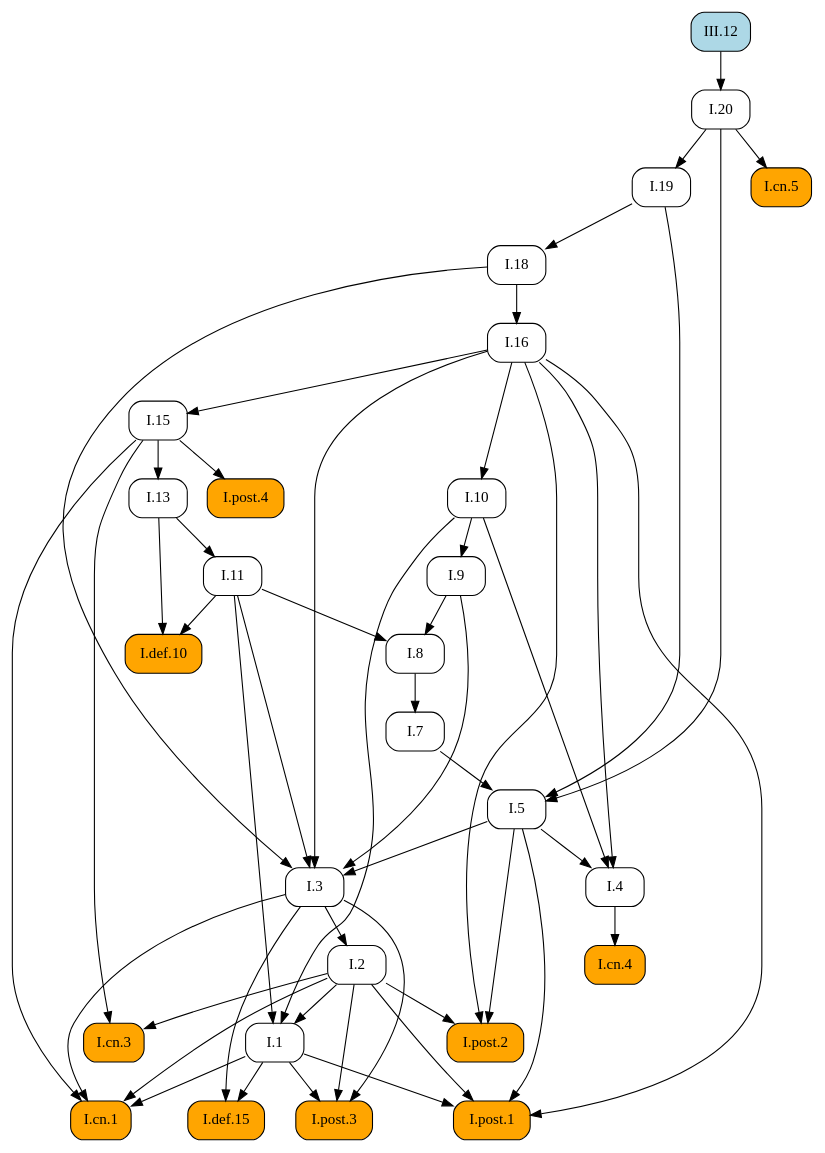
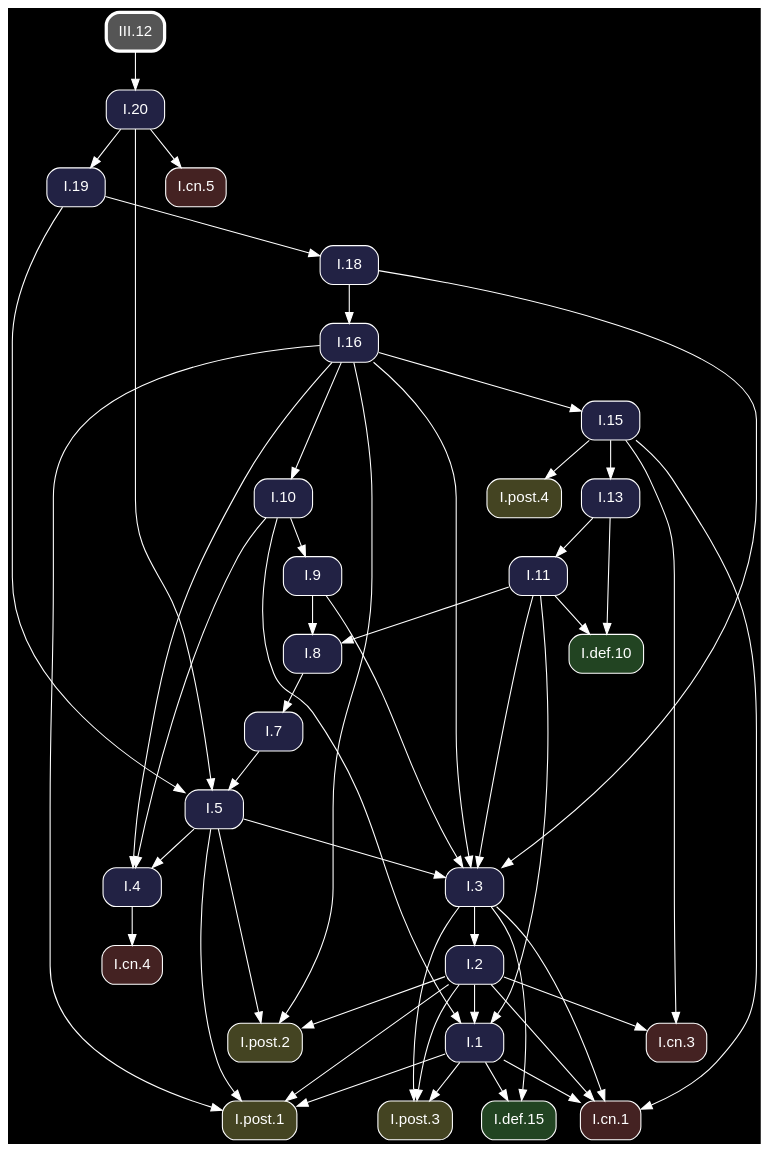
Before and after one commit to geometor/elements: the diagram in docsrc/heath/III/12/index.rst, drawn with Graphviz. The commit also changed other lines of this file and 1200 other files, not shown here.

Commit message:
update dependency graphs

```diff
--- a/docsrc/heath/III/12/index.rst
+++ b/docsrc/heath/III/12/index.rst
@@ -64,83 +64,85 @@
 .. graphviz::
 
    digraph {
+     bgcolor="black";
+     node [shape=box, style="rounded,filled", fontname="Helvetica", color="white", fontcolor="white"];
+     edge [color="white", fontcolor="white"];
      rankdir="TB";
-     node [shape=box, style=rounded];
-     "I.9" [URL="/heath/I/9/", target="_top"];
-     "I.cn.1" [style="rounded,filled", fillcolor=orange, URL="/heath/I/cn.1/", target="_top"];
-     "I.7" [URL="/heath/I/7/", target="_top"];
-     "I.2" [URL="/heath/I/2/", target="_top"];
-     "I.def.15" [style="rounded,filled", fillcolor=orange, URL="/heath/I/def.15/", target="_top"];
-     "I.13" [URL="/heath/I/13/", target="_top"];
-     "I.post.4" [style="rounded,filled", fillcolor=orange, URL="/heath/I/post.4/", target="_top"];
-     "I.4" [URL="/heath/I/4/", target="_top"];
-     "I.1" [URL="/heath/I/1/", target="_top"];
-     "I.post.3" [style="rounded,filled", fillcolor=orange, URL="/heath/I/post.3/", target="_top"];
-     "I.post.1" [style="rounded,filled", fillcolor=orange, URL="/heath/I/post.1/", target="_top"];
-     "I.5" [URL="/heath/I/5/", target="_top"];
-     "I.19" [URL="/heath/I/19/", target="_top"];
-     "I.8" [URL="/heath/I/8/", target="_top"];
-     "I.cn.3" [style="rounded,filled", fillcolor=orange, URL="/heath/I/cn.3/", target="_top"];
-     "I.16" [URL="/heath/I/16/", target="_top"];
-     "I.20" [URL="/heath/I/20/", target="_top"];
-     "I.def.10" [style="rounded,filled", fillcolor=orange, URL="/heath/I/def.10/", target="_top"];
-     "I.18" [URL="/heath/I/18/", target="_top"];
-     "I.15" [URL="/heath/I/15/", target="_top"];
-     "I.10" [URL="/heath/I/10/", target="_top"];
-     "I.11" [URL="/heath/I/11/", target="_top"];
-     "III.12" [style="rounded,filled", fillcolor=lightblue, URL="/heath/III/12/", target="_top"];
-     "I.cn.4" [style="rounded,filled", fillcolor=orange, URL="/heath/I/cn.4/", target="_top"];
-     "I.post.2" [style="rounded,filled", fillcolor=orange, URL="/heath/I/post.2/", target="_top"];
-     "I.cn.5" [style="rounded,filled", fillcolor=orange, URL="/heath/I/cn.5/", target="_top"];
-     "I.3" [URL="/heath/I/3/", target="_top"];
-     "I.10" -> "I.9";
-     "I.1" -> "I.cn.1";
-     "I.2" -> "I.cn.1";
-     "I.3" -> "I.cn.1";
-     "I.15" -> "I.cn.1";
-     "I.8" -> "I.7";
-     "I.3" -> "I.2";
-     "I.1" -> "I.def.15";
-     "I.3" -> "I.def.15";
-     "I.15" -> "I.13";
-     "I.15" -> "I.post.4";
-     "I.5" -> "I.4";
-     "I.10" -> "I.4";
-     "I.16" -> "I.4";
-     "I.2" -> "I.1";
-     "I.10" -> "I.1";
-     "I.11" -> "I.1";
-     "I.1" -> "I.post.3";
-     "I.2" -> "I.post.3";
-     "I.3" -> "I.post.3";
-     "I.1" -> "I.post.1";
-     "I.2" -> "I.post.1";
-     "I.5" -> "I.post.1";
-     "I.16" -> "I.post.1";
-     "I.7" -> "I.5";
-     "I.19" -> "I.5";
-     "I.20" -> "I.5";
-     "I.20" -> "I.19";
-     "I.9" -> "I.8";
-     "I.11" -> "I.8";
-     "I.2" -> "I.cn.3";
-     "I.15" -> "I.cn.3";
-     "I.18" -> "I.16";
-     "III.12" -> "I.20";
-     "I.11" -> "I.def.10";
-     "I.13" -> "I.def.10";
-     "I.19" -> "I.18";
-     "I.16" -> "I.15";
-     "I.16" -> "I.10";
-     "I.13" -> "I.11";
-     "I.4" -> "I.cn.4";
-     "I.2" -> "I.post.2";
-     "I.5" -> "I.post.2";
-     "I.16" -> "I.post.2";
-     "I.20" -> "I.cn.5";
+     "I.3" [fillcolor="#222244", URL="/heath/I/3/", target="_top"];
+     "I.post.1" [fillcolor="#444422", URL="/heath/I/post.1/", target="_top"];
+     "I.cn.1" [fillcolor="#442222", URL="/heath/I/cn.1/", target="_top"];
+     "I.19" [fillcolor="#222244", URL="/heath/I/19/", target="_top"];
+     "I.def.10" [fillcolor="#224422", URL="/heath/I/def.10/", target="_top"];
+     "I.15" [fillcolor="#222244", URL="/heath/I/15/", target="_top"];
+     "III.12" [penwidth=3, color="white", fillcolor="#555555", URL="/heath/III/12/", target="_top"];
+     "I.11" [fillcolor="#222244", URL="/heath/I/11/", target="_top"];
+     "I.16" [fillcolor="#222244", URL="/heath/I/16/", target="_top"];
+     "I.cn.5" [fillcolor="#442222", URL="/heath/I/cn.5/", target="_top"];
+     "I.13" [fillcolor="#222244", URL="/heath/I/13/", target="_top"];
+     "I.cn.3" [fillcolor="#442222", URL="/heath/I/cn.3/", target="_top"];
+     "I.2" [fillcolor="#222244", URL="/heath/I/2/", target="_top"];
+     "I.post.2" [fillcolor="#444422", URL="/heath/I/post.2/", target="_top"];
+     "I.cn.4" [fillcolor="#442222", URL="/heath/I/cn.4/", target="_top"];
+     "I.9" [fillcolor="#222244", URL="/heath/I/9/", target="_top"];
+     "I.1" [fillcolor="#222244", URL="/heath/I/1/", target="_top"];
+     "I.post.4" [fillcolor="#444422", URL="/heath/I/post.4/", target="_top"];
+     "I.8" [fillcolor="#222244", URL="/heath/I/8/", target="_top"];
+     "I.4" [fillcolor="#222244", URL="/heath/I/4/", target="_top"];
+     "I.post.3" [fillcolor="#444422", URL="/heath/I/post.3/", target="_top"];
+     "I.18" [fillcolor="#222244", URL="/heath/I/18/", target="_top"];
+     "I.7" [fillcolor="#222244", URL="/heath/I/7/", target="_top"];
+     "I.def.15" [fillcolor="#224422", URL="/heath/I/def.15/", target="_top"];
+     "I.5" [fillcolor="#222244", URL="/heath/I/5/", target="_top"];
+     "I.20" [fillcolor="#222244", URL="/heath/I/20/", target="_top"];
+     "I.10" [fillcolor="#222244", URL="/heath/I/10/", target="_top"];
      "I.5" -> "I.3";
      "I.9" -> "I.3";
      "I.11" -> "I.3";
      "I.16" -> "I.3";
      "I.18" -> "I.3";
+     "I.1" -> "I.post.1";
+     "I.2" -> "I.post.1";
+     "I.5" -> "I.post.1";
+     "I.16" -> "I.post.1";
+     "I.1" -> "I.cn.1";
+     "I.2" -> "I.cn.1";
+     "I.3" -> "I.cn.1";
+     "I.15" -> "I.cn.1";
+     "I.20" -> "I.19";
+     "I.11" -> "I.def.10";
+     "I.13" -> "I.def.10";
+     "I.16" -> "I.15";
+     "I.13" -> "I.11";
+     "I.18" -> "I.16";
+     "I.20" -> "I.cn.5";
+     "I.15" -> "I.13";
+     "I.2" -> "I.cn.3";
+     "I.15" -> "I.cn.3";
+     "I.3" -> "I.2";
+     "I.2" -> "I.post.2";
+     "I.5" -> "I.post.2";
+     "I.16" -> "I.post.2";
+     "I.4" -> "I.cn.4";
+     "I.10" -> "I.9";
+     "I.2" -> "I.1";
+     "I.10" -> "I.1";
+     "I.11" -> "I.1";
+     "I.15" -> "I.post.4";
+     "I.9" -> "I.8";
+     "I.11" -> "I.8";
+     "I.5" -> "I.4";
+     "I.10" -> "I.4";
+     "I.16" -> "I.4";
+     "I.1" -> "I.post.3";
+     "I.2" -> "I.post.3";
+     "I.3" -> "I.post.3";
+     "I.19" -> "I.18";
+     "I.8" -> "I.7";
+     "I.1" -> "I.def.15";
+     "I.3" -> "I.def.15";
+     "I.7" -> "I.5";
+     "I.19" -> "I.5";
+     "I.20" -> "I.5";
+     "III.12" -> "I.20";
+     "I.16" -> "I.10";
    }
```
